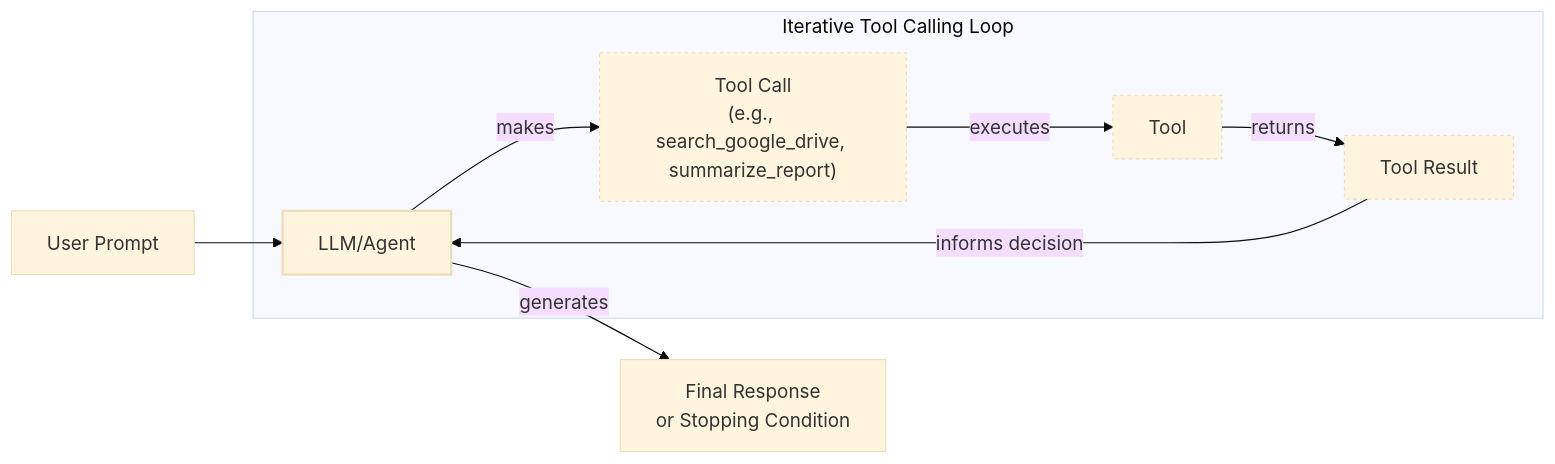
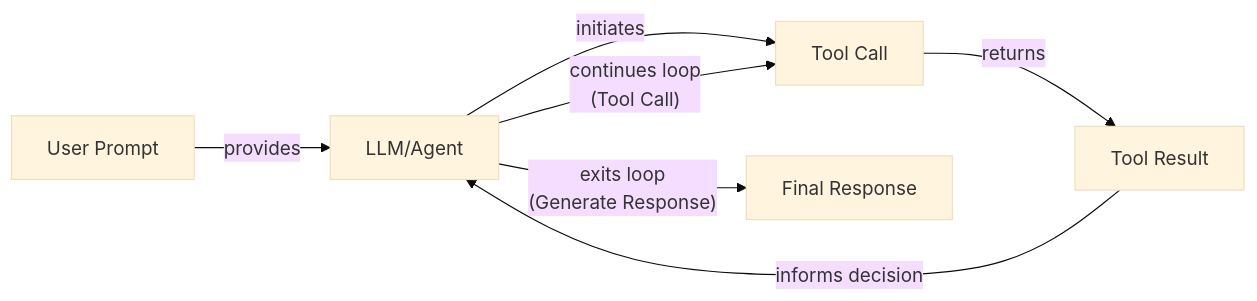
The third of 3 diagrams in RL_researcher_writer_ymaxing/rl_training_data/noise_experiment/06_tools__var_standard__replicate1__preset0/article_000.md (YMaXing/Research-Agent-reinforced-by-RL), drawn with Mermaid (base theme) before and after one commit. The commit also changed other lines of this file and 4528 other files, not shown here.

````diff
--- a/RL_researcher_writer_ymaxing/rl_training_data/noise_experiment/06_tools__var_standard__replicate1__preset0/article_000.md
+++ b/RL_researcher_writer_ymaxing/rl_training_data/noise_experiment/06_tools__var_standard__replicate1__preset0/article_000.md
@@ -839,21 +883,15 @@
 ```mermaid
 flowchart LR
-  %% Start of the loop
-  User["User Prompt"] --> LLM["LLM/Agent"]
+  A["User Prompt"]
+  B["LLM/Agent"]
+  C["Tool Call"]
+  D["Tool Result"]
+  E["Final Response"]
 
-  subgraph "Iterative Tool Calling Loop"
-    LLM -- "makes" --> ToolCall["Tool Call<br/>(e.g., search_google_drive, summarize_report)"]
-    ToolCall -- "executes" --> Tool["Tool"]
-    Tool -- "returns" --> ToolResult["Tool Result"]
-    ToolResult -- "informs decision" --> LLM
-  end
-
-  %% Exit condition
-  LLM -- "generates" --> FinalResponse["Final Response<br/>or Stopping Condition"]
-
-  %% Visual grouping
-  classDef agent stroke-width:2px
-  classDef tool stroke-dasharray:3,3
-  class LLM agent
-  class Tool,ToolCall,ToolResult tool
+  A -- "provides" --> B
+  B -- "initiates" --> C
+  C -- "returns" --> D
+  D -- "informs decision" --> B
+  B -- "continues loop<br/>(Tool Call)" --> C
+  B -- "exits loop<br/>(Generate Response)" --> E
 ```
````
